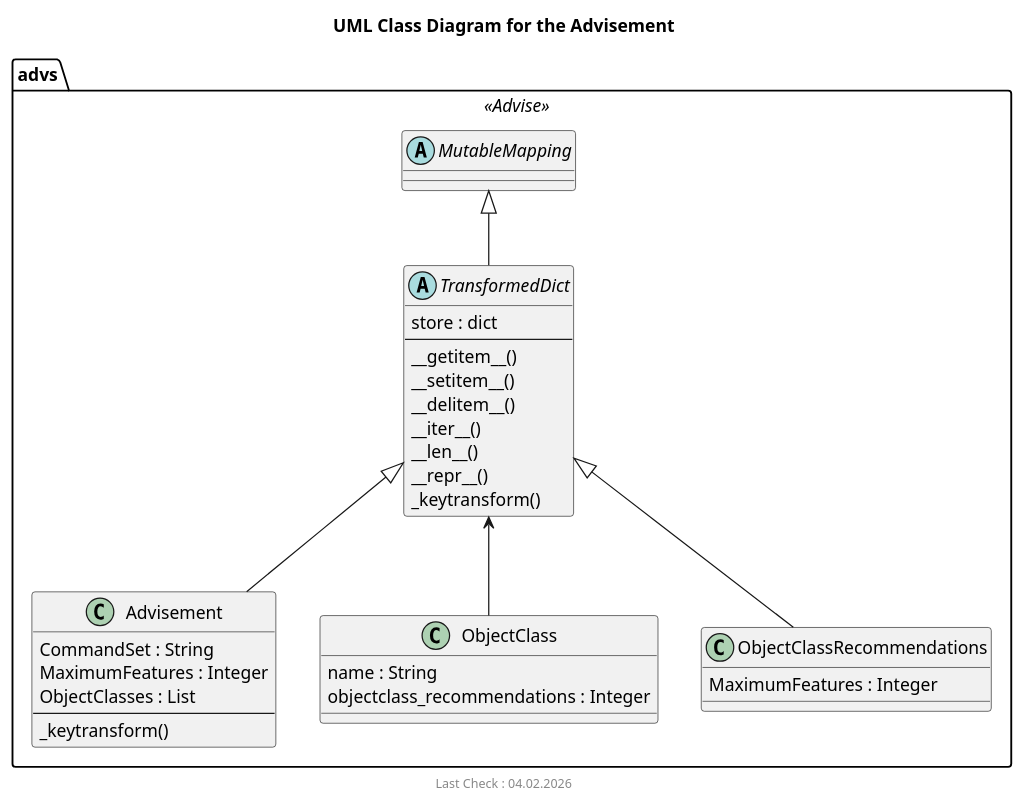
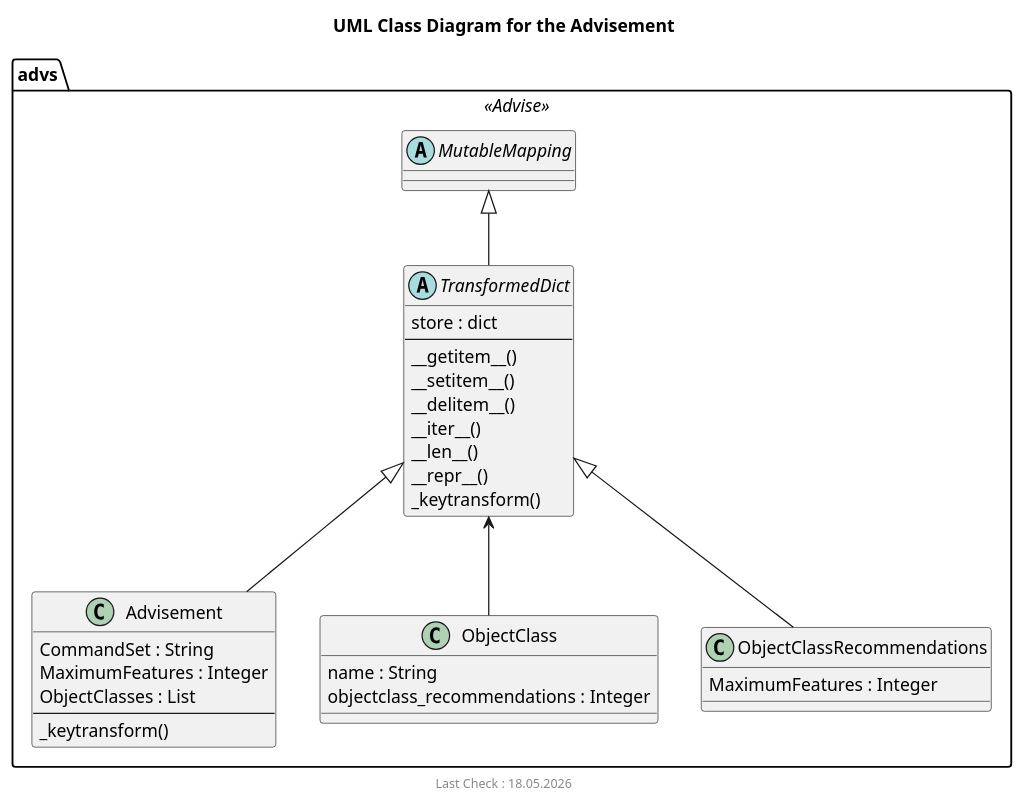
The first of 3 diagrams in docs/developer_docs.md (tum-gis/citydb-3dtiler), drawn with PlantUML before and after one commit. The commit also changed other lines of this file and 2 other files, not shown here.

````diff
--- a/docs/developer_docs.md
+++ b/docs/developer_docs.md
@@ -18,39 +20,39 @@
 ```puml
 @startuml
 title UML Class Diagram for the Advisement
-footer Last Check : 04.02.2026
+footer Last Check : 18.05.2026
 namespace advs <<Advise>> {
   abstract class MutableMapping {
   }
   abstract class TransformedDict {
     store : dict
     ---
     __getitem__()
     __setitem__()
     __delitem__()
     __iter__()
     __len__()
     __repr__()
     _keytransform()
   }
   TransformedDict -up-|> MutableMapping
   class Advisement {
     CommandSet : String
     MaximumFeatures : Integer
     ObjectClasses : List
     ---
     _keytransform()
   }
   Advisement -up-|> TransformedDict
   class ObjectClass {
     name : String
     objectclass_recommendations : Integer
   }
   ObjectClass -up-> TransformedDict
   class ObjectClassRecommendations {
     MaximumFeatures : Integer
   }
   ObjectClassRecommendations -up-|> TransformedDict
 }
 @enduml
 ```
````
